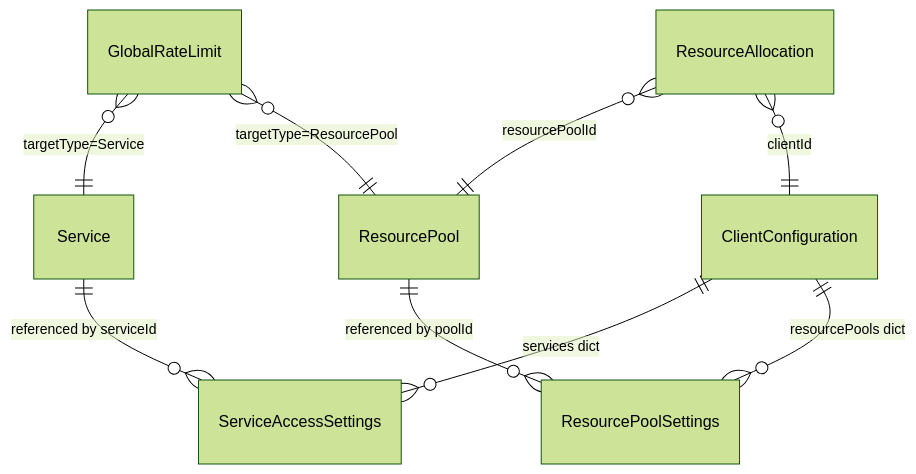
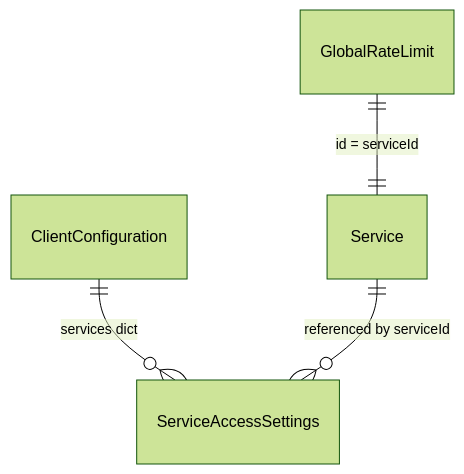
The second of 2 diagrams in docs/core/domain-model.md (ShaharMS/ClientManager), drawn with Mermaid (forest theme) before and after one commit. The commit also changed other lines of this file and 74 other files, not shown here.

First line of the commit message:
Add regression tests and update ops docs for lean architecture.

````diff
--- a/docs/core/domain-model.md
+++ b/docs/core/domain-model.md
@@ -175,11 +106,6 @@
 ```mermaid
 erDiagram
     ClientConfiguration ||--o{ ServiceAccessSettings : "services dict"
-    ClientConfiguration ||--o{ ResourcePoolSettings : "resourcePools dict"
     Service ||--o{ ServiceAccessSettings : "referenced by serviceId"
-    ResourcePool ||--o{ ResourcePoolSettings : "referenced by poolId"
-    GlobalRateLimit }o--|| Service : "targetType=Service"
-    GlobalRateLimit }o--|| ResourcePool : "targetType=ResourcePool"
-    ResourceAllocation }o--|| ResourcePool : "resourcePoolId"
-    ResourceAllocation }o--|| ClientConfiguration : "clientId"
+    GlobalRateLimit ||--|| Service : "id = serviceId"
 ```
````
